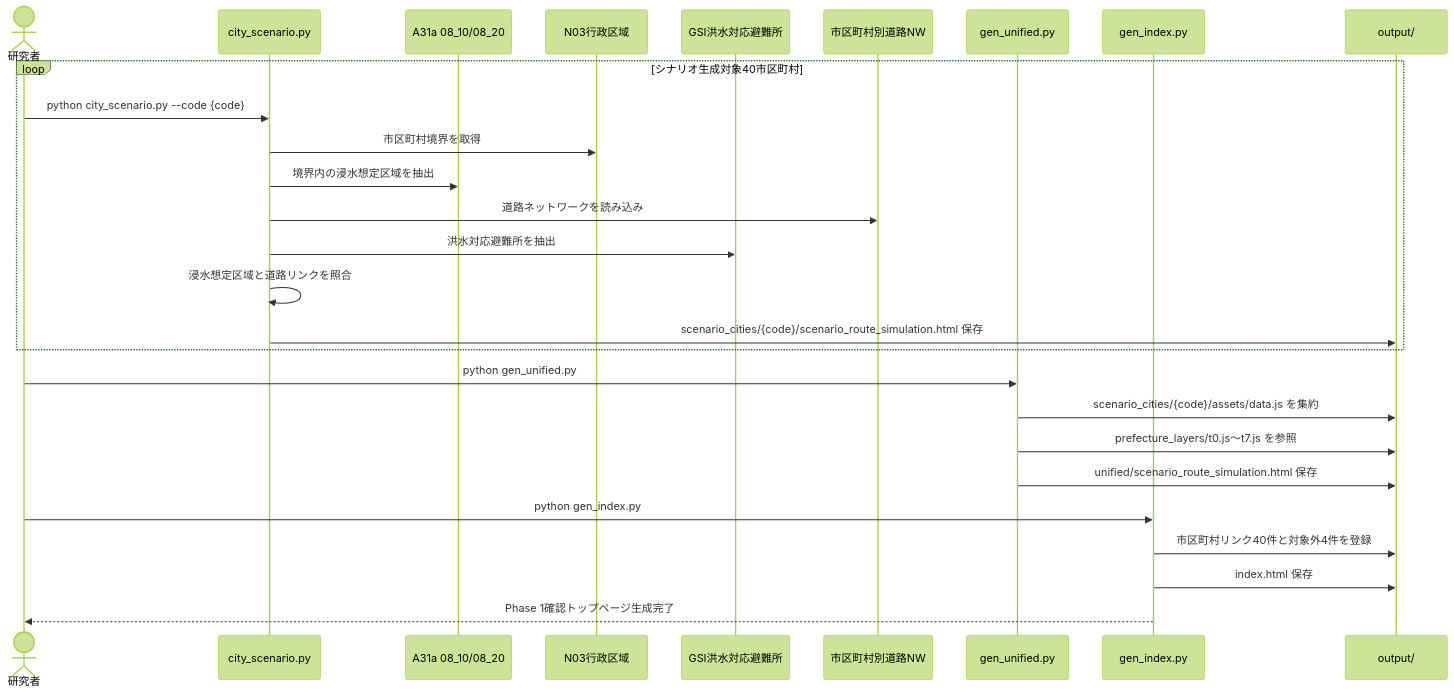
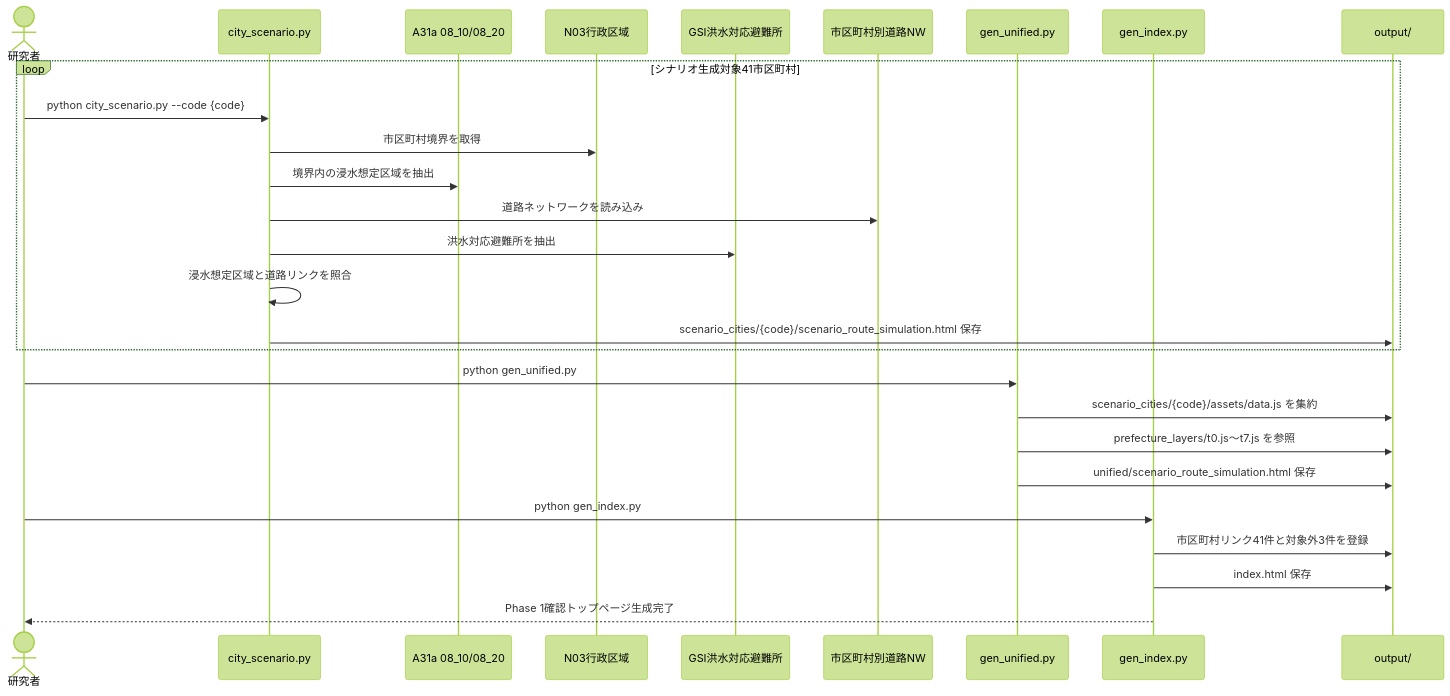
The ninth of 10 diagrams in 03_研究設計文書/シーケンス図.md (23f302020/joso-evacuation-simulation), drawn with Mermaid (forest theme) before and after one commit. The commit also changed other lines of this file and 22 other files, not shown here.

````diff
--- a/03_研究設計文書/シーケンス図.md
+++ b/03_研究設計文書/シーケンス図.md
@@ -334,32 +334,32 @@
 ```mermaid
 sequenceDiagram
     actor 研究者
     participant City as city_scenario.py
     participant A31 as A31a 08_10/08_20
     participant N03 as N03行政区域
     participant Shelter as GSI洪水対応避難所
     participant Road as 市区町村別道路NW
     participant Unified as gen_unified.py
     participant Index as gen_index.py
     participant FS as output/
 
-    loop シナリオ生成対象40市区町村
+    loop シナリオ生成対象41市区町村
         研究者->>City: python city_scenario.py --code {code}
         City->>N03: 市区町村境界を取得
         City->>A31: 境界内の浸水想定区域を抽出
         City->>Road: 道路ネットワークを読み込み
         City->>Shelter: 洪水対応避難所を抽出
         City->>City: 浸水想定区域と道路リンクを照合
         City->>FS: scenario_cities/{code}/scenario_route_simulation.html 保存
     end
 
     研究者->>Unified: python gen_unified.py
     Unified->>FS: scenario_cities/{code}/assets/data.js を集約
     Unified->>FS: prefecture_layers/t0.js〜t7.js を参照
     Unified->>FS: unified/scenario_route_simulation.html 保存
 
     研究者->>Index: python gen_index.py
-    Index->>FS: 市区町村リンク40件と対象外4件を登録
+    Index->>FS: 市区町村リンク41件と対象外3件を登録
     Index->>FS: index.html 保存
     Index-->>研究者: Phase 1確認トップページ生成完了
 ```
````
